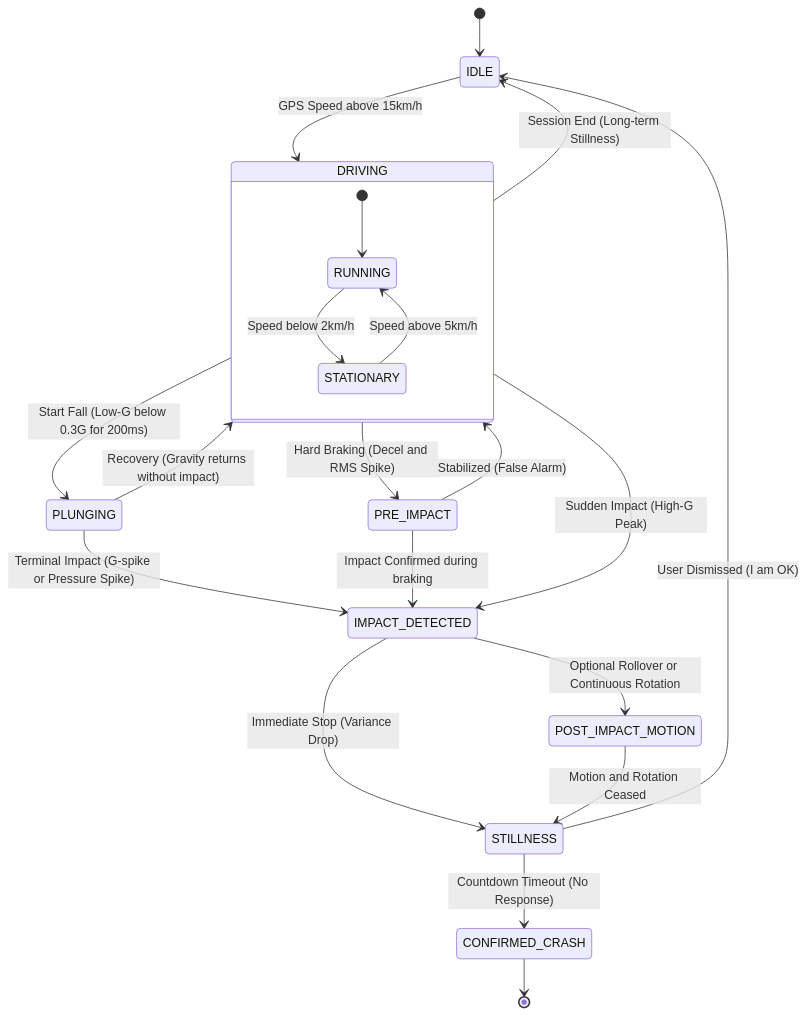
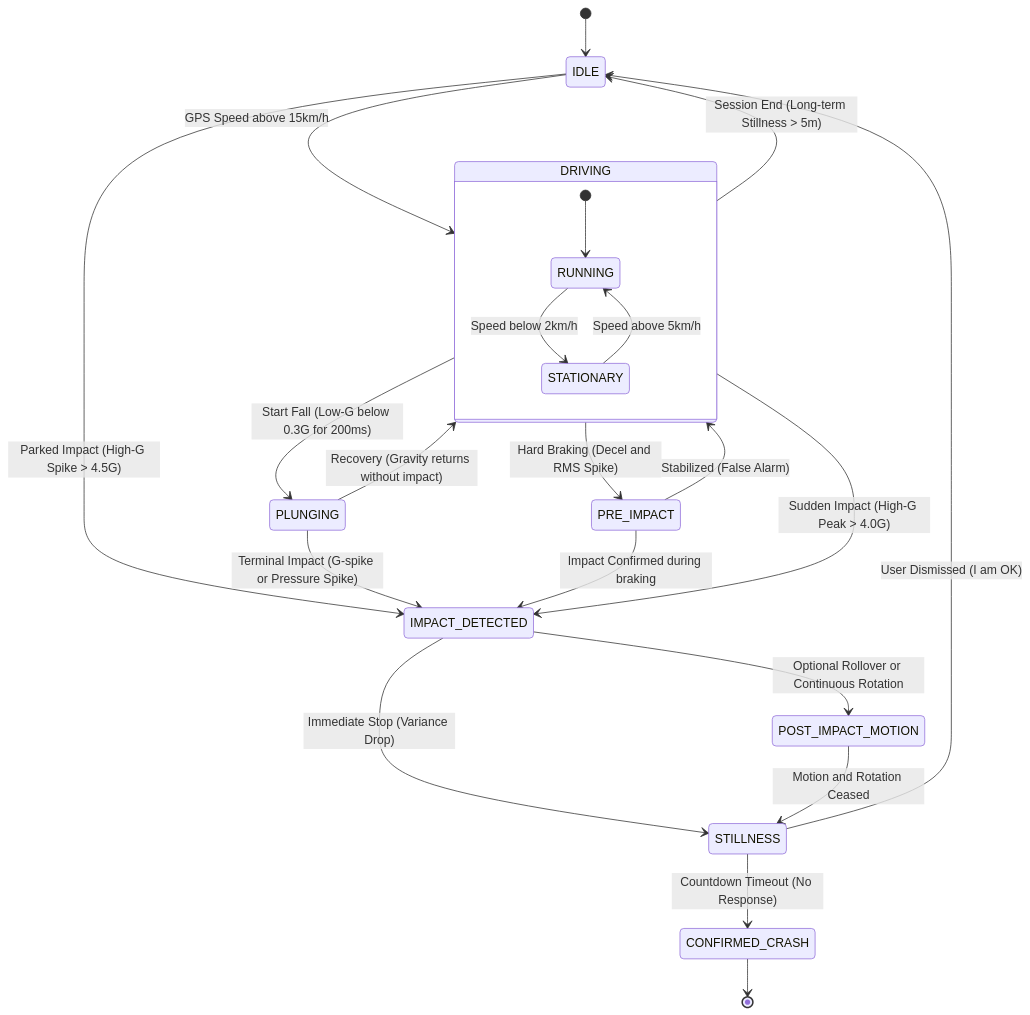
Before and after one commit to romntica/Watch2Out: the diagram in README.md, drawn with Mermaid. The commit also changed other lines of this file and 15 other files, not shown here.

````diff
--- a/README.md
+++ b/README.md
@@ -39,36 +36,37 @@
 ```mermaid
 stateDiagram-v2
     [*] --> IDLE
     
     IDLE --> DRIVING : GPS Speed above 15km/h
-    DRIVING --> IDLE : Session End (Long-term Stillness)
+    IDLE --> IMPACT_DETECTED : Parked Impact (High-G Spike > 4.5G)
+    DRIVING --> IDLE : Session End (Long-term Stillness > 5m)
 
     state DRIVING {
         [*] --> RUNNING
         RUNNING --> STATIONARY : Speed below 2km/h
         STATIONARY --> RUNNING : Speed above 5km/h
     }
 
     %% Impact Paths
     DRIVING --> PRE_IMPACT : Hard Braking (Decel and RMS Spike)
-    DRIVING --> IMPACT_DETECTED : Sudden Impact (High-G Peak)
+    DRIVING --> IMPACT_DETECTED : Sudden Impact (High-G Peak > 4.0G)
     
     %% Plunge Sequence
     DRIVING --> PLUNGING : Start Fall (Low-G below 0.3G for 200ms)
     PLUNGING --> IMPACT_DETECTED : Terminal Impact (G-spike or Pressure Spike)
     PLUNGING --> DRIVING : Recovery (Gravity returns without impact)
     
     PRE_IMPACT --> IMPACT_DETECTED : Impact Confirmed during braking
     PRE_IMPACT --> DRIVING : Stabilized (False Alarm)
 
     %% Post-Impact Analysis
     IMPACT_DETECTED --> POST_IMPACT_MOTION : Optional Rollover or Continuous Rotation
     IMPACT_DETECTED --> STILLNESS : Immediate Stop (Variance Drop)
     
     POST_IMPACT_MOTION --> STILLNESS : Motion and Rotation Ceased
 
     %% Final Confirmation
     STILLNESS --> CONFIRMED_CRASH : Countdown Timeout (No Response)
     STILLNESS --> IDLE : User Dismissed (I am OK)
     CONFIRMED_CRASH --> [*]
 ```
````
